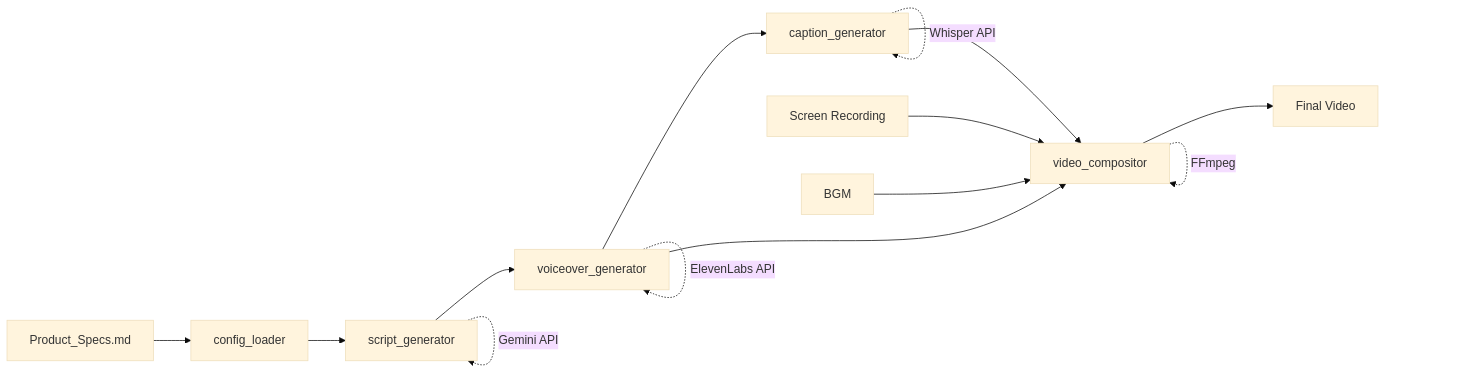
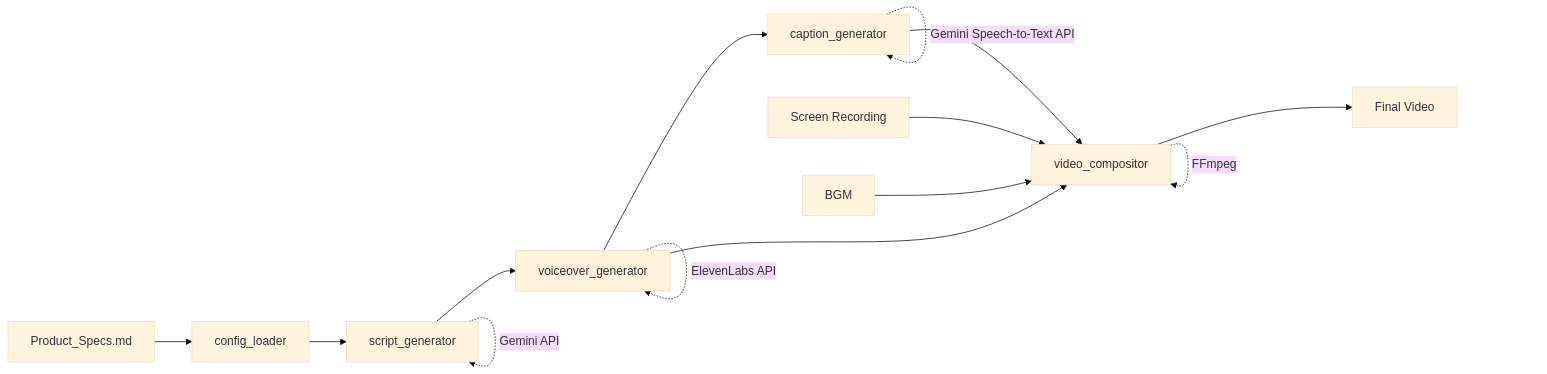
The diagram in FRAMEWORK_GUIDE.md (indieNik/Automated-Product-Demo-Builder), drawn with Mermaid (base theme) before and after one commit. The commit also changed other lines of this file and 3 other files, not shown here.

Commit message:
refactor: Migrate caption generation from Whisper API to Gemini Speech-to-Text API.

````diff
--- a/FRAMEWORK_GUIDE.md
+++ b/FRAMEWORK_GUIDE.md
@@ -309,17 +309,17 @@
 ```mermaid
 graph LR
     A[Product_Specs.md] --> B[config_loader]
     B --> C[script_generator]
     C --> D[voiceover_generator]
     D --> E[caption_generator]
     F[Screen Recording] --> G[video_compositor]
     E --> G
     D --> G
     H[BGM] --> G
     G --> I[Final Video]
     
     C -.Gemini API.-> C
     D -.ElevenLabs API.-> D
-    E -.Whisper API.-> E
+    E -.Gemini Speech-to-Text API.-> E
     G -.FFmpeg.-> G
 ```
````
